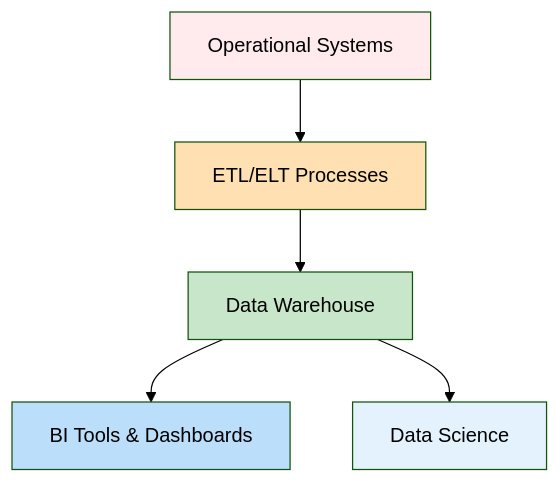
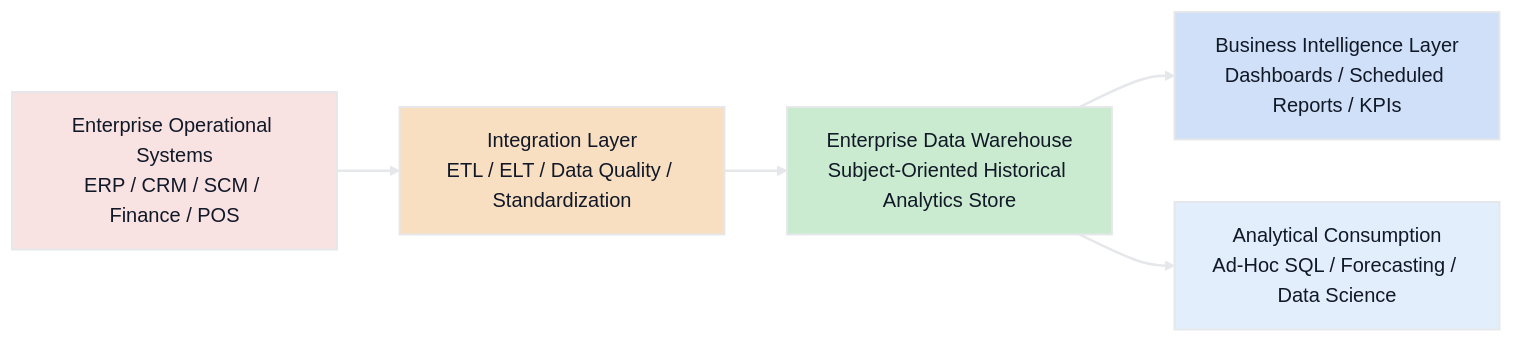
The first of 2 diagrams in data-warehouse.md (tinitiateprime/tinitiate-data-engineering), drawn with Mermaid (forest theme) before and after one commit. The commit also changed other lines of this file, not shown here.

````diff
--- a/data-warehouse.md
+++ b/data-warehouse.md
@@ -12,12 +47,15 @@
 ```mermaid
-flowchart TD
-    A[Operational Systems] --> B[ETL/ELT Processes]
-    B --> C[Data Warehouse]
-    C --> D[BI Tools & Dashboards]
-    C --> E[Data Science]
-    style A fill:#ffebee
-    style B fill:#ffe0b2
-    style C fill:#c8e6c9
-    style D fill:#bbdefb
-    style E fill:#e3f2fd
+flowchart LR
+    S[Enterprise Operational Systems<br/>ERP / CRM / SCM / Finance / POS] --> T[Integration Layer<br/>ETL / ELT / Data Quality / Standardization]
+    T --> W[Enterprise Data Warehouse<br/>Subject-Oriented Historical Analytics Store]
+    W --> R[Business Intelligence Layer<br/>Dashboards / Scheduled Reports / KPIs]
+    W --> A[Analytical Consumption<br/>Ad-Hoc SQL / Forecasting / Data Science]
+
+    style S fill:#F9E2E2,stroke:#E5E7EB,stroke-width:1.5px,color:#111827
+    style T fill:#F9DFC2,stroke:#E5E7EB,stroke-width:1.5px,color:#111827
+    style W fill:#CAEBCF,stroke:#E5E7EB,stroke-width:1.5px,color:#111827
+    style R fill:#CFE0F8,stroke:#E5E7EB,stroke-width:1.5px,color:#111827
+    style A fill:#E2EEFB,stroke:#E5E7EB,stroke-width:1.5px,color:#111827
+
+    linkStyle default stroke:#E5E7EB,stroke-width:2px
 ``` 
````
